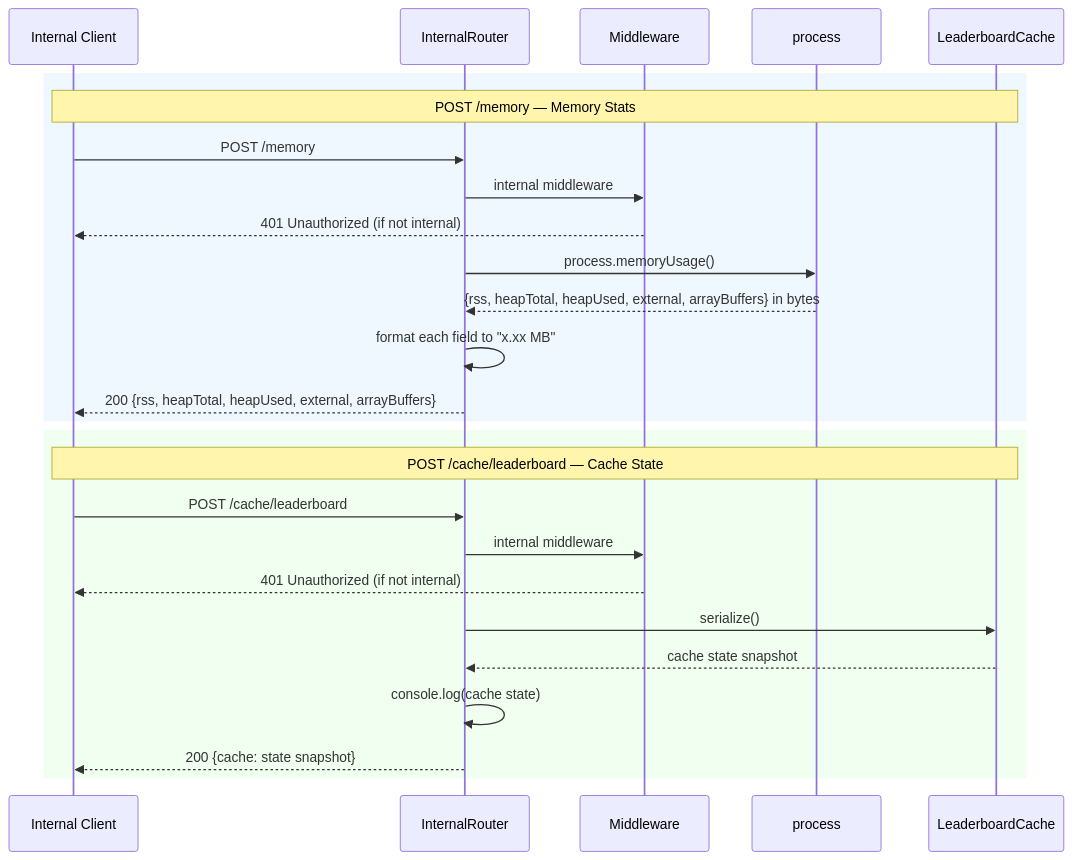
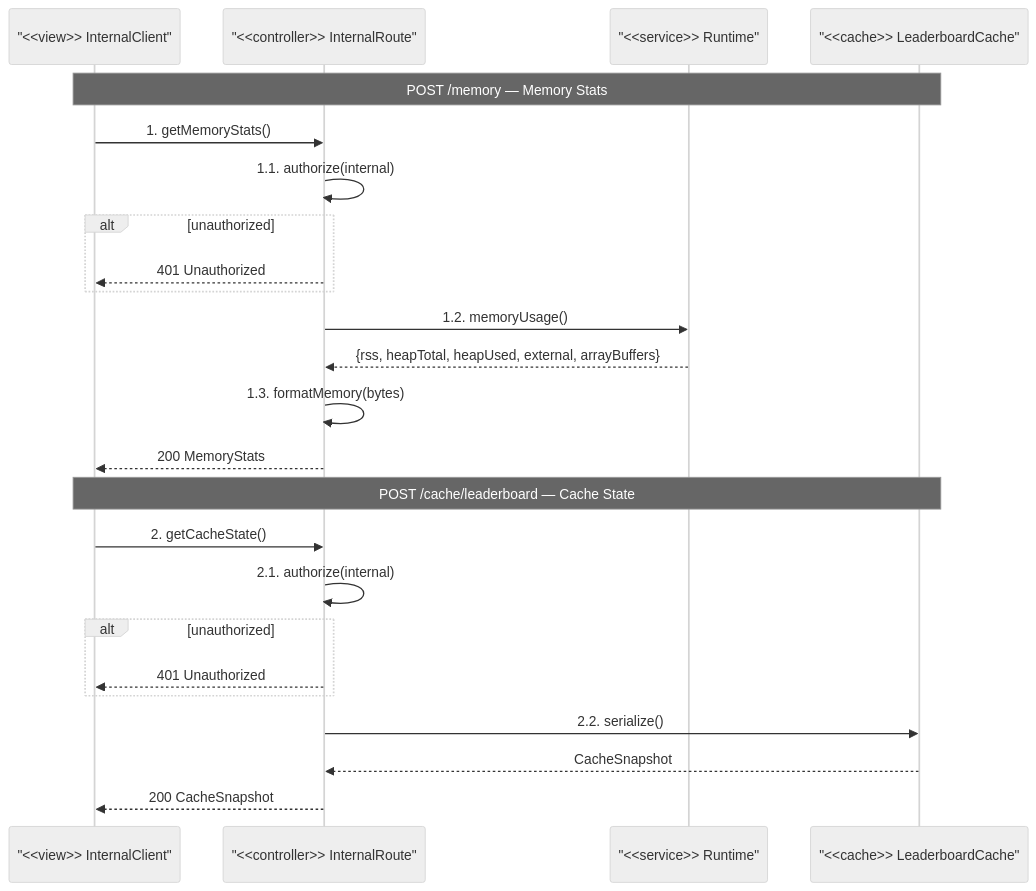
One commit to christphralden/magic-nugger-app changed the diagram in docs/diagrams/internal/sequence.md. Above: the diagram before and after it, drawn with Mermaid. The commit also changed other lines of this file and 7 other files, not shown here.

Commit message:
feat(docs): flowchart and seq diagram

````diff
--- a/docs/diagrams/internal/sequence.md
+++ b/docs/diagrams/internal/sequence.md
@@ -9,30 +7,29 @@
 ```mermaid
+%%{init: {'theme': 'neutral'}}%%
 sequenceDiagram
-    participant IC as Internal Client
-    participant R as InternalRouter
-    participant MW as Middleware
-    participant P as process
-    participant CACHE as LeaderboardCache
+    participant IC as "<<view>> InternalClient"
+    participant R as "<<controller>> InternalRoute"
+    participant RT as "<<service>> Runtime"
+    participant CACHE as "<<cache>> LeaderboardCache"
 
-    rect rgb(240, 248, 255)
-        Note over IC,CACHE: POST /memory — Memory Stats
-        IC->>R: POST /memory
-        R->>MW: internal middleware
-        MW-->>IC: 401 Unauthorized (if not internal)
-        R->>P: process.memoryUsage()
-        P-->>R: {rss, heapTotal, heapUsed, external, arrayBuffers} in bytes
-        R->>R: format each field to "x.xx MB"
-        R-->>IC: 200 {rss, heapTotal, heapUsed, external, arrayBuffers}
+    Note over IC,CACHE: POST /memory — Memory Stats
+    IC->>R: 1. getMemoryStats()
+    R->>R: 1.1. authorize(internal)
+    alt unauthorized
+        R-->>IC: 401 Unauthorized
     end
+    R->>RT: 1.2. memoryUsage()
+    RT-->>R: {rss, heapTotal, heapUsed, external, arrayBuffers}
+    R->>R: 1.3. formatMemory(bytes)
+    R-->>IC: 200 MemoryStats
 
-    rect rgb(240, 255, 240)
-        Note over IC,CACHE: POST /cache/leaderboard — Cache State
-        IC->>R: POST /cache/leaderboard
-        R->>MW: internal middleware
-        MW-->>IC: 401 Unauthorized (if not internal)
-        R->>CACHE: serialize()
-        CACHE-->>R: cache state snapshot
-        R->>R: console.log(cache state)
-        R-->>IC: 200 {cache: state snapshot}
+    Note over IC,CACHE: POST /cache/leaderboard — Cache State
+    IC->>R: 2. getCacheState()
+    R->>R: 2.1. authorize(internal)
+    alt unauthorized
+        R-->>IC: 401 Unauthorized
     end
+    R->>CACHE: 2.2. serialize()
+    CACHE-->>R: CacheSnapshot
+    R-->>IC: 200 CacheSnapshot
 ```
````
